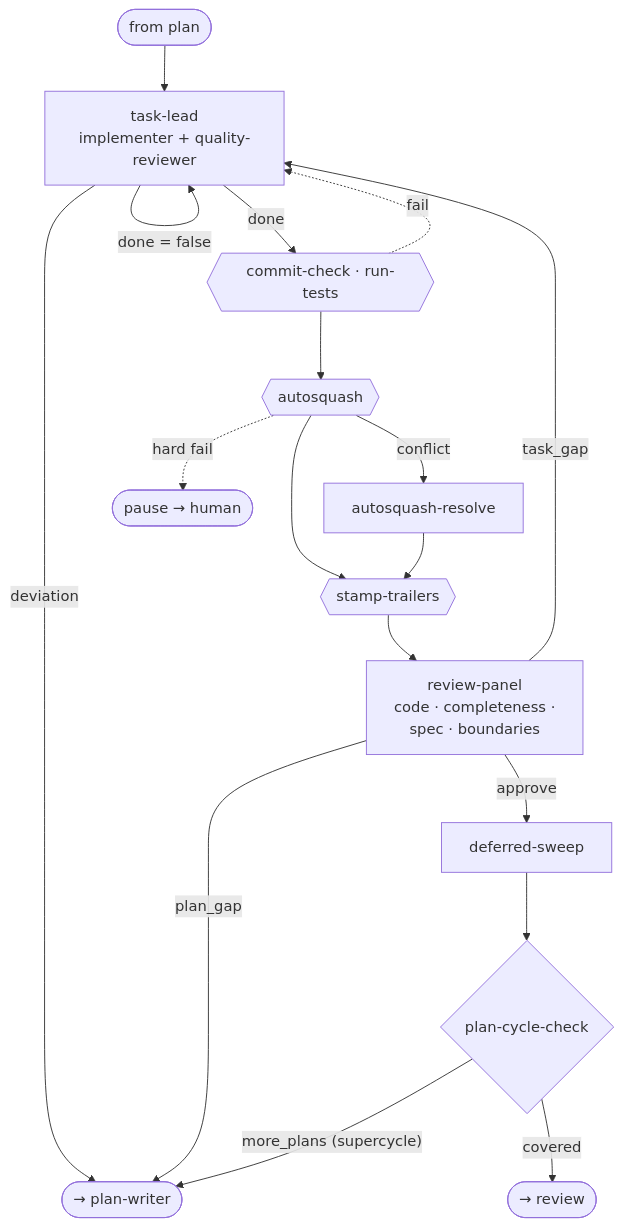
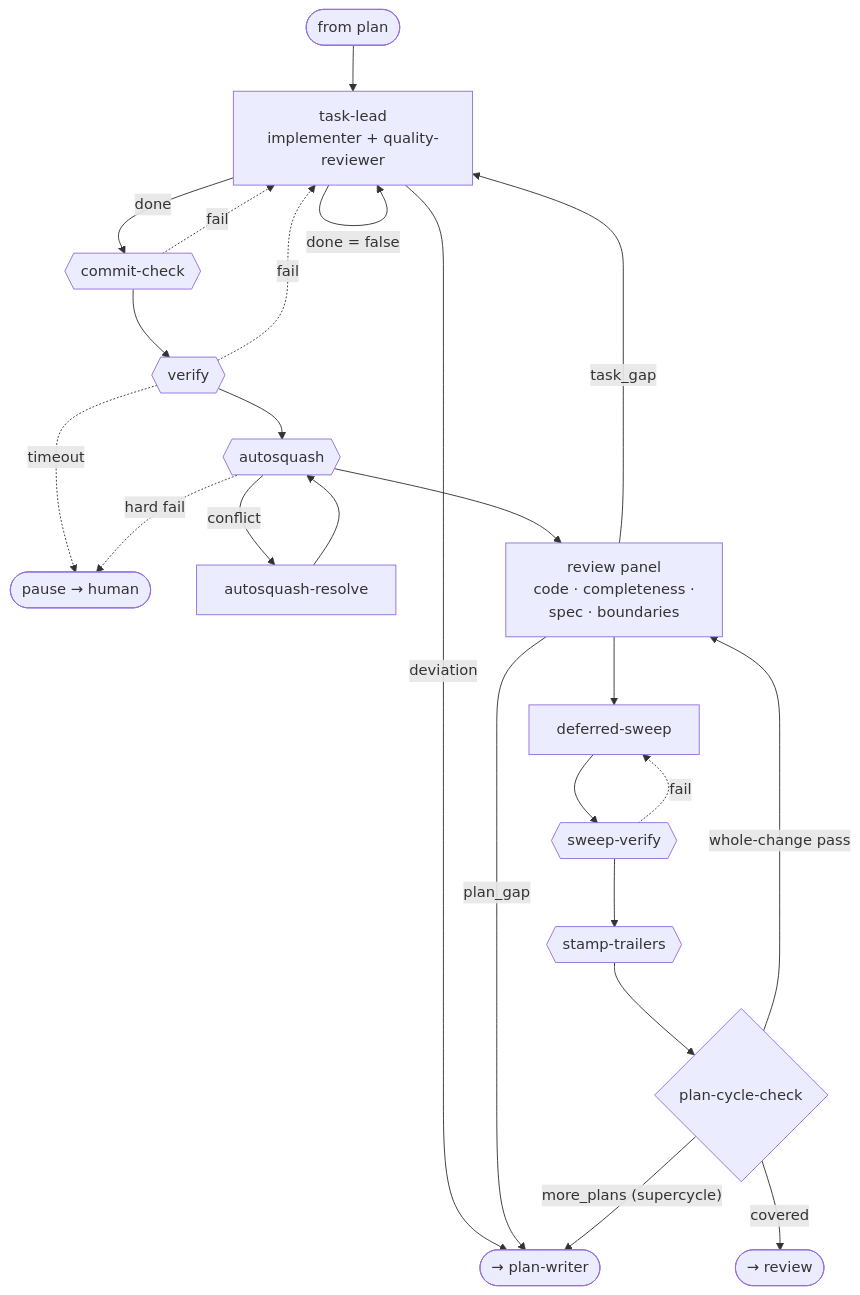
Before and after one commit to jpoimboe/imp: the tenth of 12 diagrams in docs/architecture.md, drawn with Mermaid. The commit also changed other lines of this file, not shown here.

First line of the commit message:
docs: sync architecture.md with default->imp workflow rename and phase rework

````diff
--- a/docs/architecture.md
+++ b/docs/architecture.md
@@ -193,20 +194,26 @@
 ```mermaid
 flowchart TD
   in([from plan]) --> TL["task-lead<br/>implementer + quality-reviewer"]
   TL -->|deviation| toplan([→ plan-writer])
   TL -->|"done = false"| TL
-  TL -->|done| CC{{"commit-check · run-tests"}}
+  TL -->|done| CC{{"commit-check"}}
   CC -. fail .-> TL
-  CC --> AS{{"autosquash"}}
+  CC --> V{{"verify"}}
+  V -. fail .-> TL
+  V -. "timeout" .-> HUMAN([pause → human])
+  V --> AS{{"autosquash"}}
   AS -->|conflict| ASR["autosquash-resolve"]
-  AS -. "hard fail" .-> HUMAN([pause → human])
-  AS --> ST{{"stamp-trailers"}}
-  ASR --> ST
-  ST --> RVW["review-panel<br/>code · completeness ·<br/>spec · boundaries"]
+  ASR --> AS
+  AS -. "hard fail" .-> HUMAN
+  AS --> RVW["review panel<br/>code · completeness ·<br/>spec · boundaries"]
   RVW -->|task_gap| TL
   RVW -->|plan_gap| toplan
-  RVW -->|approve| DS["deferred-sweep"]
-  DS --> PCC{"plan-cycle-check"}
+  RVW --> DS["deferred-sweep"]
+  DS --> SV{{"sweep-verify"}}
+  SV -. fail .-> DS
+  SV --> ST{{"stamp-trailers"}}
+  ST --> PCC{"plan-cycle-check"}
   PCC -->|"more_plans (supercycle)"| toplan
+  PCC -->|"whole-change pass"| RVW
   PCC -->|covered| out([→ review])
 ```
````
